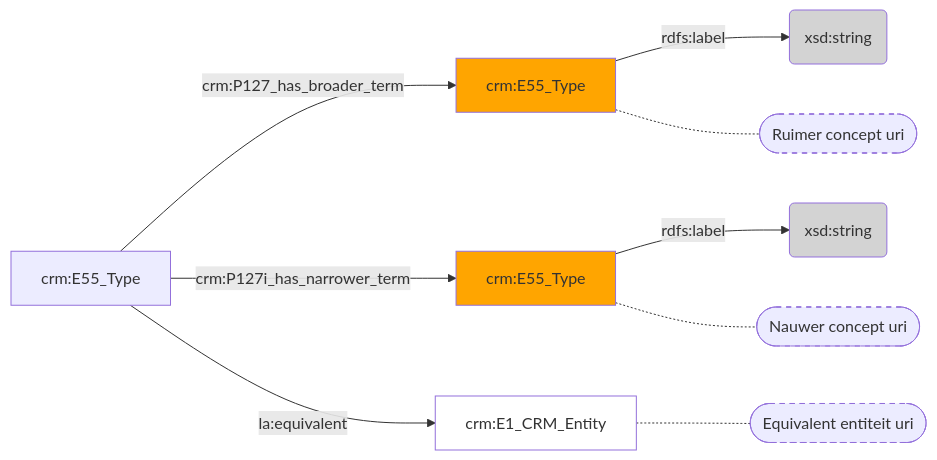
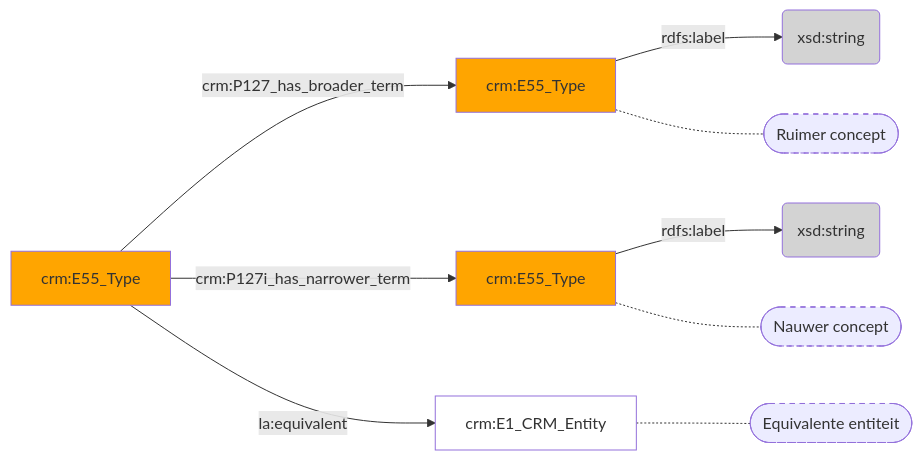
One commit to digipolisantwerpdocumentation/antwerp-cultureel-erfgoed changed the diagram in docs/content/modellen/Concept/Verwijzingen.md. Above: the diagram before and after it, drawn with Mermaid. The commit also changed 173 other files, not shown here.

````diff
--- a/docs/content/modellen/Concept/Verwijzingen.md
+++ b/docs/content/modellen/Concept/Verwijzingen.md
@@ -1,19 +1,20 @@
 ```mermaid
 graph LR
 7440d92c-ce3c-11ed-9232-00163e71351b["crm:E55_Type"]-->|"rdfs:label"|d217fb8e-ce3c-11ed-9655-00163e71351b(xsd:string)
 94da4416-ce3c-11ed-a1e6-00163e71351b["crm:E55_Type"]-->|"rdfs:label"|c133dbd0-ce3c-11ed-9232-00163e71351b(xsd:string)
 5c49f282-be8c-11ed-beba-96a6d245525a["crm:E55_Type"]-->|"crm:P127_has_broader_term"|7440d92c-ce3c-11ed-9232-00163e71351b["crm:E55_Type"]
 5c49f282-be8c-11ed-beba-96a6d245525a["crm:E55_Type"]-->|"crm:P127i_has_narrower_term"|94da4416-ce3c-11ed-a1e6-00163e71351b["crm:E55_Type"]
 5c49f282-be8c-11ed-beba-96a6d245525a["crm:E55_Type"]-->|"la:equivalent"|bfc145d8-c7e5-11ed-873b-00163e71351b["crm:E1_CRM_Entity"]
-7440d92c-ce3c-11ed-9232-00163e71351b["crm:E55_Type"]-.-7440d92c-ce3c-11ed-9232-00163e71351b_s(["Ruimer concept uri"])
-94da4416-ce3c-11ed-a1e6-00163e71351b["crm:E55_Type"]-.-94da4416-ce3c-11ed-a1e6-00163e71351b_s(["Nauwer concept uri"])
-bfc145d8-c7e5-11ed-873b-00163e71351b["crm:E1_CRM_Entity"]-.-bfc145d8-c7e5-11ed-873b-00163e71351b_s(["Equivalent entiteit uri"])
+7440d92c-ce3c-11ed-9232-00163e71351b["crm:E55_Type"]-.-7440d92c-ce3c-11ed-9232-00163e71351b_s(["Ruimer concept"])
+94da4416-ce3c-11ed-a1e6-00163e71351b["crm:E55_Type"]-.-94da4416-ce3c-11ed-a1e6-00163e71351b_s(["Nauwer concept"])
+bfc145d8-c7e5-11ed-873b-00163e71351b["crm:E1_CRM_Entity"]-.-bfc145d8-c7e5-11ed-873b-00163e71351b_s(["Equivalente entiteit"])
 style 7440d92c-ce3c-11ed-9232-00163e71351b_s stroke-dasharray: 5
 style 94da4416-ce3c-11ed-a1e6-00163e71351b_s stroke-dasharray: 5
 style bfc145d8-c7e5-11ed-873b-00163e71351b_s stroke-dasharray: 5
+style 5c49f282-be8c-11ed-beba-96a6d245525a fill:#ffa500
 style 7440d92c-ce3c-11ed-9232-00163e71351b fill:#ffa500
 style 94da4416-ce3c-11ed-a1e6-00163e71351b fill:#ffa500
 style bfc145d8-c7e5-11ed-873b-00163e71351b fill:#ffffff
 style c133dbd0-ce3c-11ed-9232-00163e71351b fill:#D3D3D3
 style d217fb8e-ce3c-11ed-9655-00163e71351b fill:#D3D3D3
 ```
````
